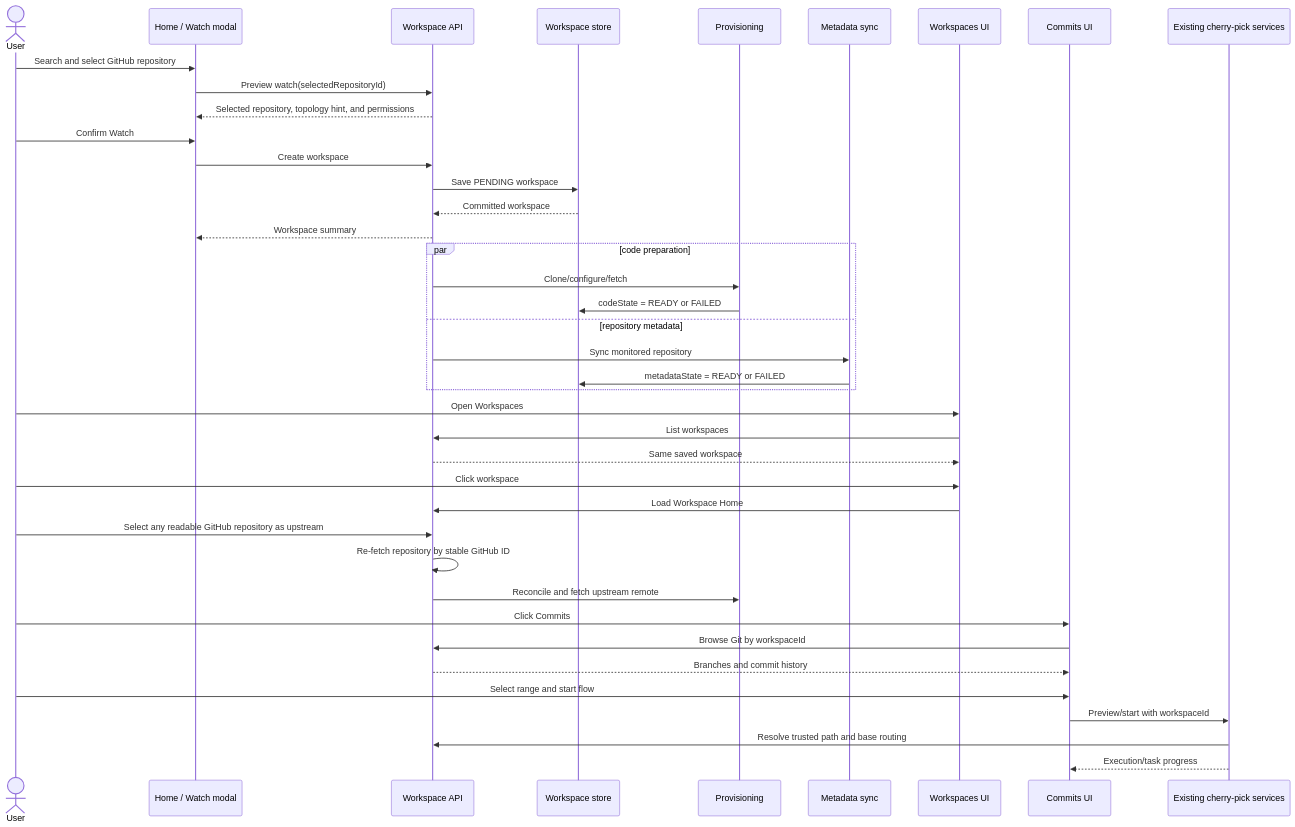
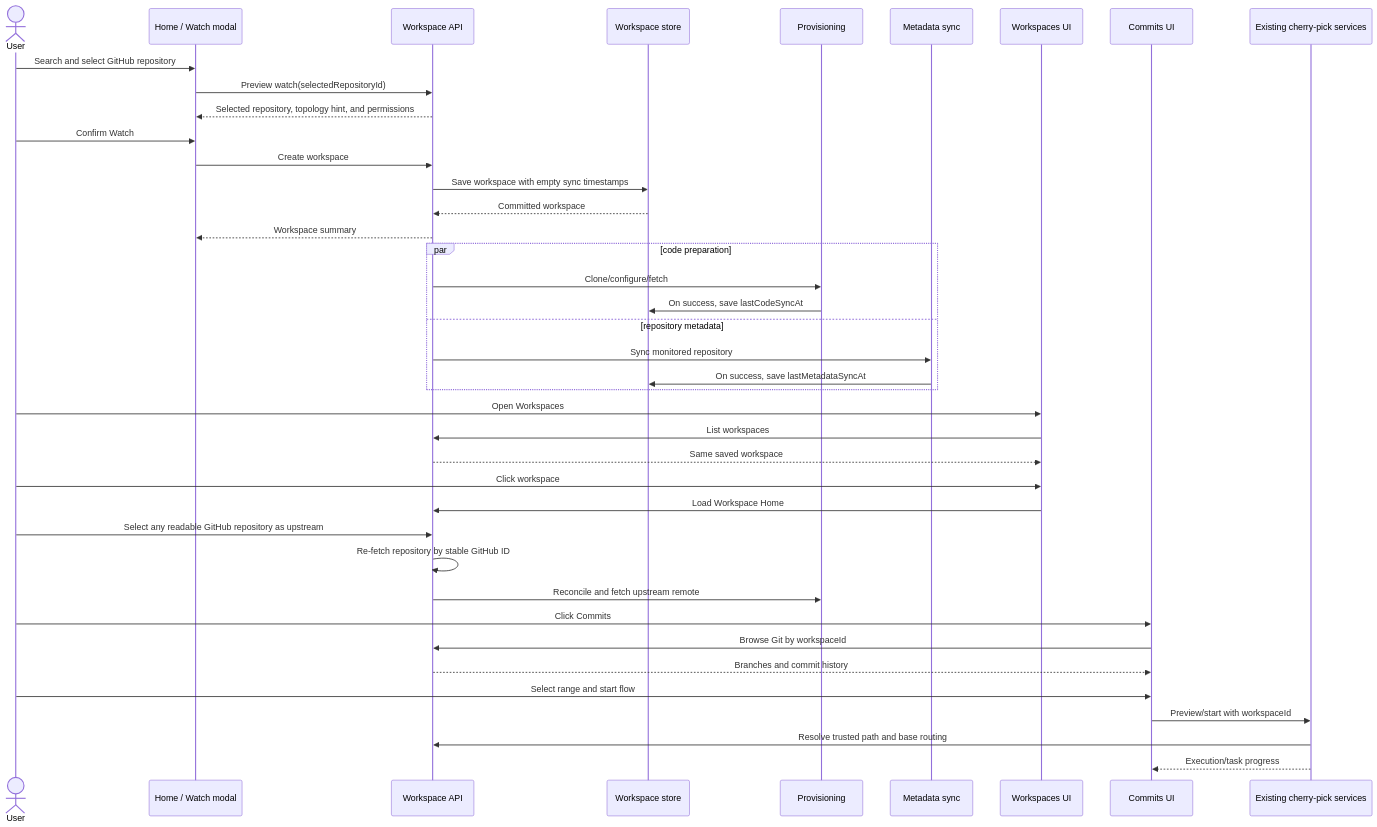
The diagram in docs/design/watched-repo.md (bytequay/bytequay), drawn with Mermaid before and after one commit. The commit also changed other lines of this file and 44 other files, not shown here.

Commit message:
Use timestamps for workspace freshness

````diff
--- a/docs/design/watched-repo.md
+++ b/docs/design/watched-repo.md
@@ -743,43 +743,43 @@
 ```mermaid
 sequenceDiagram
     actor User
     participant Home as Home / Watch modal
     participant API as Workspace API
     participant DB as Workspace store
     participant Provision as Provisioning
     participant Metadata as Metadata sync
     participant Workspaces as Workspaces UI
     participant Commits as Commits UI
     participant CherryPick as Existing cherry-pick services
 
     User->>Home: Search and select GitHub repository
     Home->>API: Preview watch(selectedRepositoryId)
     API-->>Home: Selected repository, topology hint, and permissions
     User->>Home: Confirm Watch
     Home->>API: Create workspace
-    API->>DB: Save PENDING workspace
+    API->>DB: Save workspace with empty sync timestamps
     DB-->>API: Committed workspace
     API-->>Home: Workspace summary
     par code preparation
         API->>Provision: Clone/configure/fetch
-        Provision->>DB: codeState = READY or FAILED
+        Provision->>DB: On success, save lastCodeSyncAt
     and repository metadata
         API->>Metadata: Sync monitored repository
-        Metadata->>DB: metadataState = READY or FAILED
+        Metadata->>DB: On success, save lastMetadataSyncAt
     end
     User->>Workspaces: Open Workspaces
     Workspaces->>API: List workspaces
     API-->>Workspaces: Same saved workspace
     User->>Workspaces: Click workspace
     Workspaces->>API: Load Workspace Home
     User->>API: Select any readable GitHub repository as upstream
     API->>API: Re-fetch repository by stable GitHub ID
     API->>Provision: Reconcile and fetch upstream remote
     User->>Commits: Click Commits
     Commits->>API: Browse Git by workspaceId
     API-->>Commits: Branches and commit history
     User->>Commits: Select range and start flow
     Commits->>CherryPick: Preview/start with workspaceId
     CherryPick->>API: Resolve trusted path and base routing
     CherryPick-->>Commits: Execution/task progress
 ```
````
